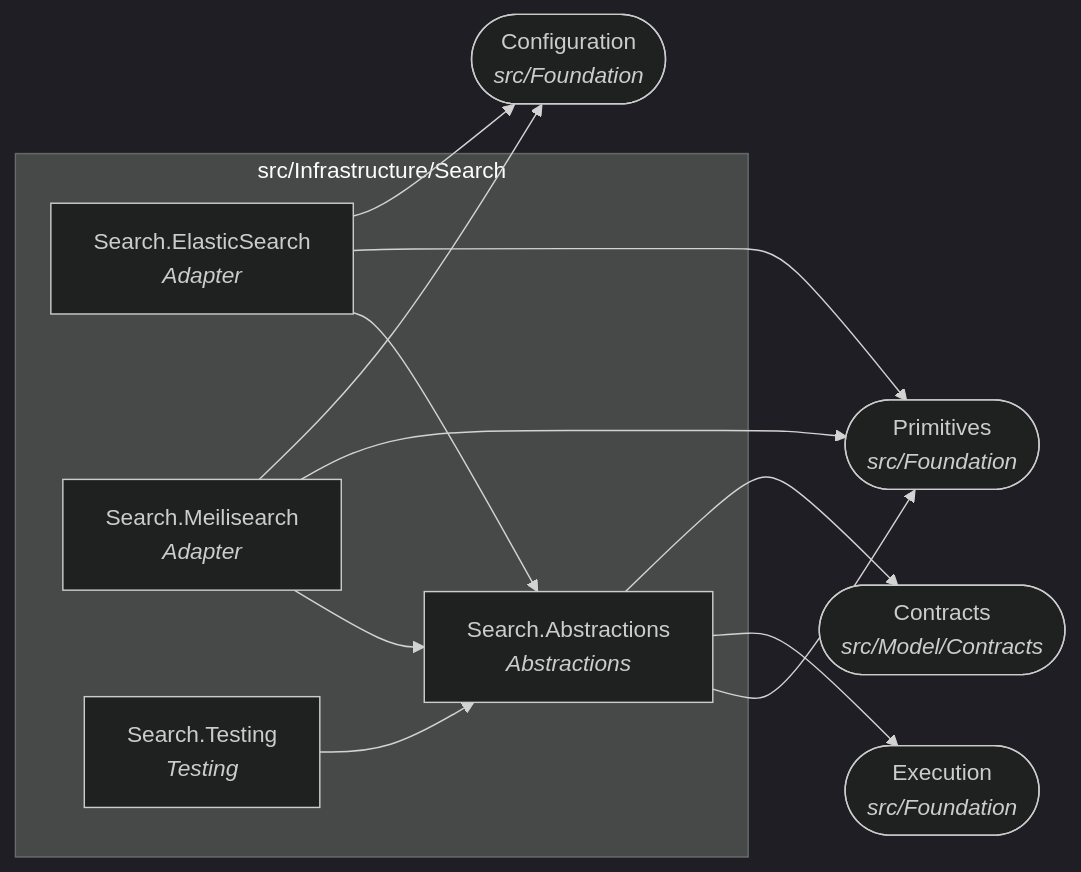
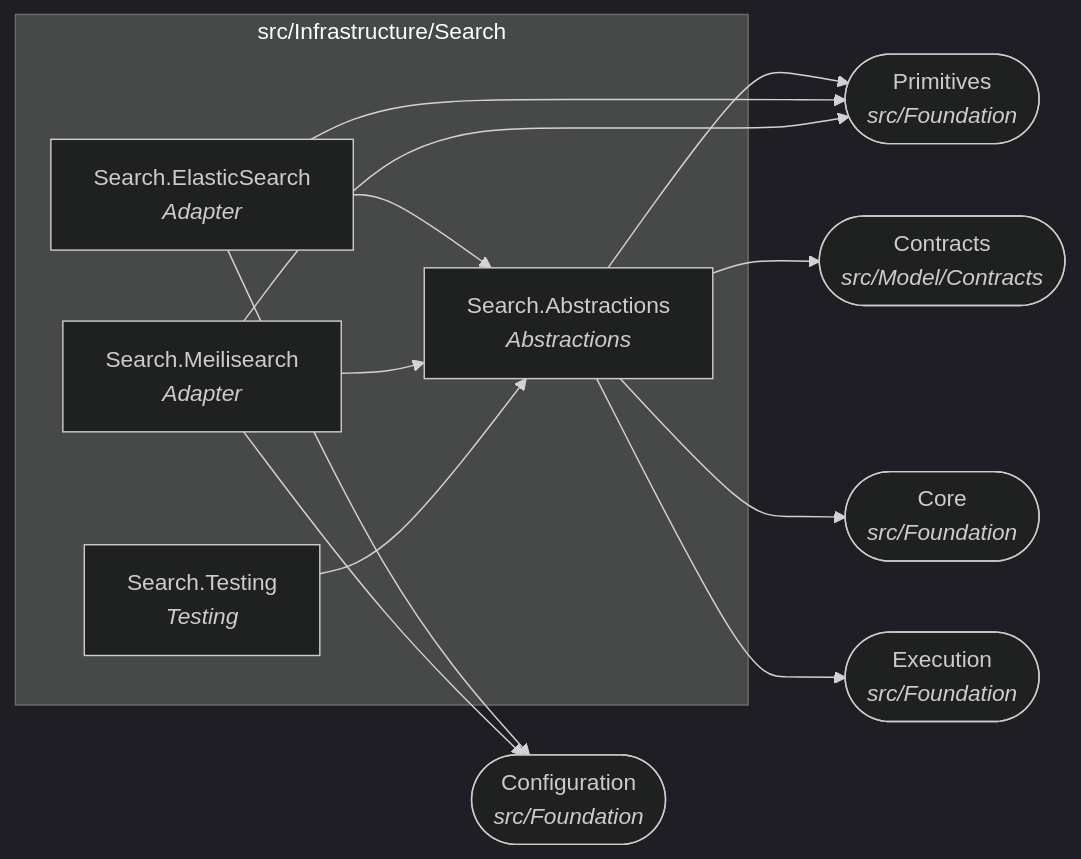
Diagram 16 of 22 in docs/dependency-graph.md (Gresta-Vertex-Labs/platform-shared-kernel), drawn with Mermaid (dark theme) before and after one commit. The commit also changed other lines of this file and 1494 other files, not shown here.

````diff
--- a/docs/dependency-graph.md
+++ b/docs/dependency-graph.md
@@ -583,23 +601,25 @@
 ```mermaid
 flowchart LR
   subgraph folder_src_Infrastructure_Search["src/Infrastructure/Search"]
     SharedKernel_Search_Abstractions["Search.Abstractions<br/><i>Abstractions</i>"]
     SharedKernel_Search_ElasticSearch["Search.ElasticSearch<br/><i>Adapter</i>"]
     SharedKernel_Search_Meilisearch["Search.Meilisearch<br/><i>Adapter</i>"]
     SharedKernel_Search_Testing["Search.Testing<br/><i>Testing</i>"]
   end
   SharedKernel_Configuration(["Configuration<br/><i>src/Foundation</i>"])
   SharedKernel_Contracts(["Contracts<br/><i>src/Model/Contracts</i>"])
+  SharedKernel_Core(["Core<br/><i>src/Foundation</i>"])
   SharedKernel_Execution(["Execution<br/><i>src/Foundation</i>"])
   SharedKernel_Primitives(["Primitives<br/><i>src/Foundation</i>"])
   SharedKernel_Search_Abstractions --> SharedKernel_Contracts
+  SharedKernel_Search_Abstractions --> SharedKernel_Core
   SharedKernel_Search_Abstractions --> SharedKernel_Execution
   SharedKernel_Search_Abstractions --> SharedKernel_Primitives
   SharedKernel_Search_ElasticSearch --> SharedKernel_Configuration
   SharedKernel_Search_ElasticSearch --> SharedKernel_Primitives
   SharedKernel_Search_ElasticSearch --> SharedKernel_Search_Abstractions
   SharedKernel_Search_Meilisearch --> SharedKernel_Configuration
   SharedKernel_Search_Meilisearch --> SharedKernel_Primitives
   SharedKernel_Search_Meilisearch --> SharedKernel_Search_Abstractions
   SharedKernel_Search_Testing --> SharedKernel_Search_Abstractions
 ```
````
